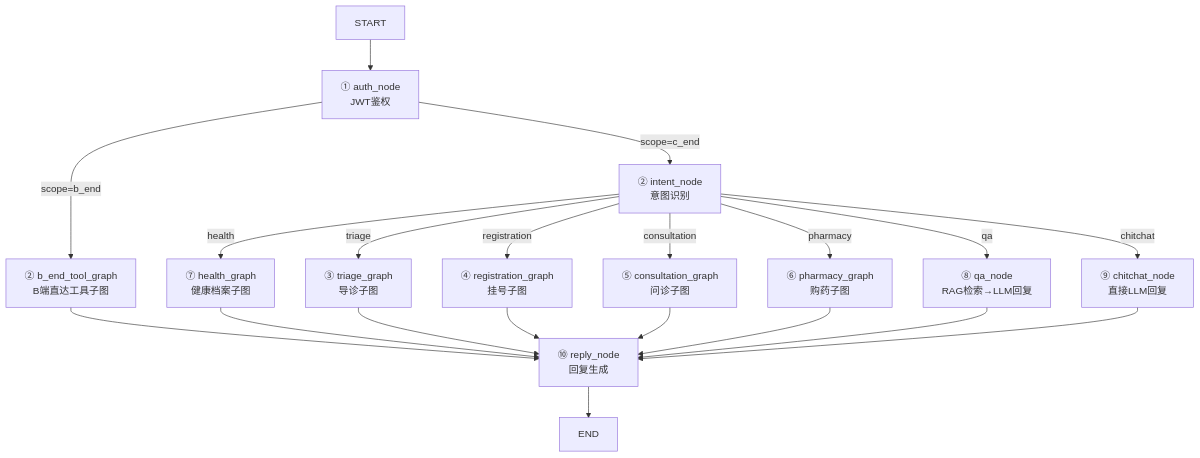
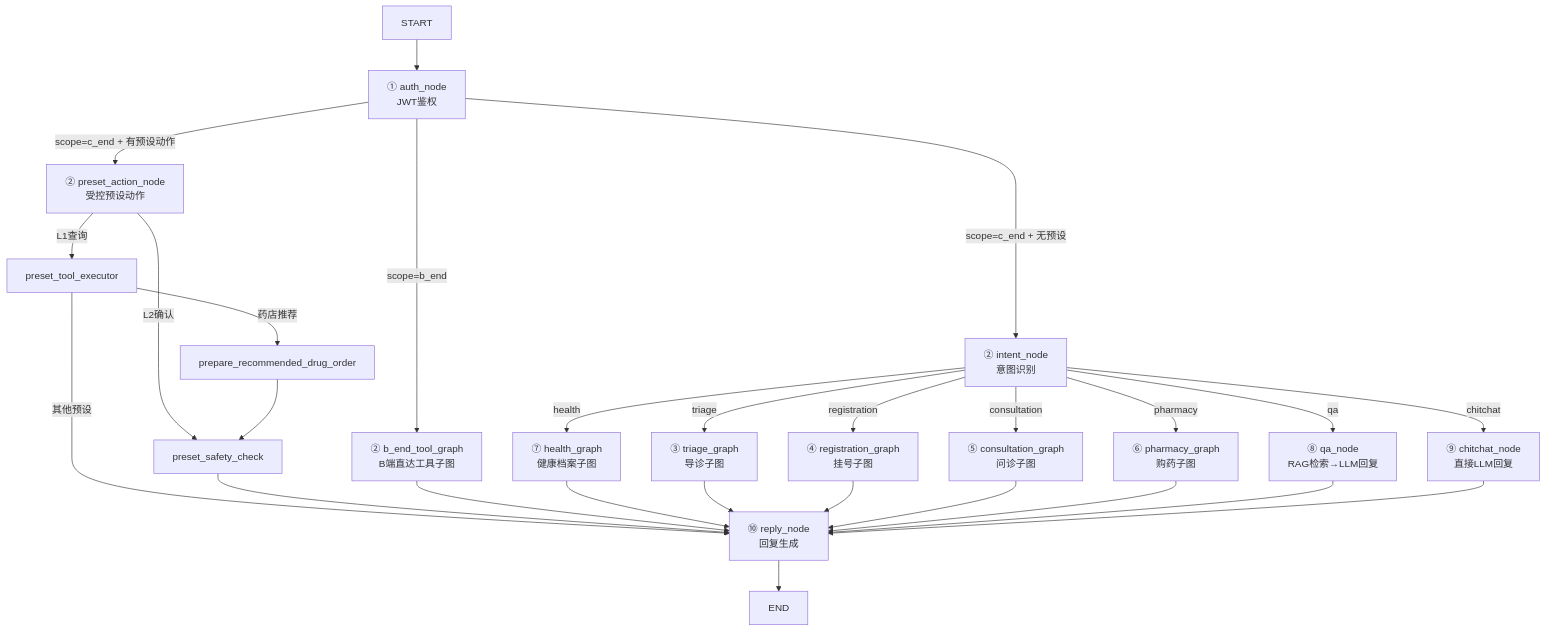
Before and after one commit to lezoo817/SPHP: the fifth of 7 diagrams in sphp-agent/docs/Agent/Agent模块系分.md, drawn with Mermaid. The commit also changed other lines of this file and 2 other files, not shown here.

````diff
--- a/sphp-agent/docs/Agent/Agent模块系分.md
+++ b/sphp-agent/docs/Agent/Agent模块系分.md
@@ -593,22 +646,29 @@
 ```mermaid
 graph TD
     START["START"] --> AUTH["① auth_node<br/>JWT鉴权"]
+    AUTH -->|"scope=c_end + 有预设动作"| PRESET["② preset_action_node<br/>受控预设动作"]
     AUTH -->|"scope=b_end"| BTOOL["② b_end_tool_graph<br/>B端直达工具子图"]
-    AUTH -->|"scope=c_end"| INTENT["② intent_node<br/>意图识别"]
+    AUTH -->|"scope=c_end + 无预设"| INTENT["② intent_node<br/>意图识别"]
     INTENT -->|"triage"| TRIAGE["③ triage_graph<br/>导诊子图"]
     INTENT -->|"registration"| REG["④ registration_graph<br/>挂号子图"]
     INTENT -->|"consultation"| CONSULT["⑤ consultation_graph<br/>问诊子图"]
     INTENT -->|"pharmacy"| PHARM["⑥ pharmacy_graph<br/>购药子图"]
     INTENT -->|"health"| HEALTH["⑦ health_graph<br/>健康档案子图"]
     INTENT -->|"qa"| QA["⑧ qa_node<br/>RAG检索→LLM回复"]
     INTENT -->|"chitchat"| CHAT["⑨ chitchat_node<br/>直接LLM回复"]
-    BTOOL --> REPLY["⑩ reply_node<br/>回复生成"]
+    PRESET -->|"L1查询"| PTE["preset_tool_executor"]
+    PRESET -->|"L2确认"| PSC["preset_safety_check"]
+    PTE -->|"药店推荐"| PDR["prepare_recommended_drug_order"]
+    PTE -->|"其他预设"| REPLY["⑩ reply_node<br/>回复生成"]
+    PDR --> PSC
+    PSC --> REPLY
+    BTOOL --> REPLY
     HEALTH --> REPLY
     TRIAGE --> REPLY
     REG --> REPLY
     CONSULT --> REPLY
     PHARM --> REPLY
     QA --> REPLY
     CHAT --> REPLY
     REPLY --> END["END"]
 ```
````
